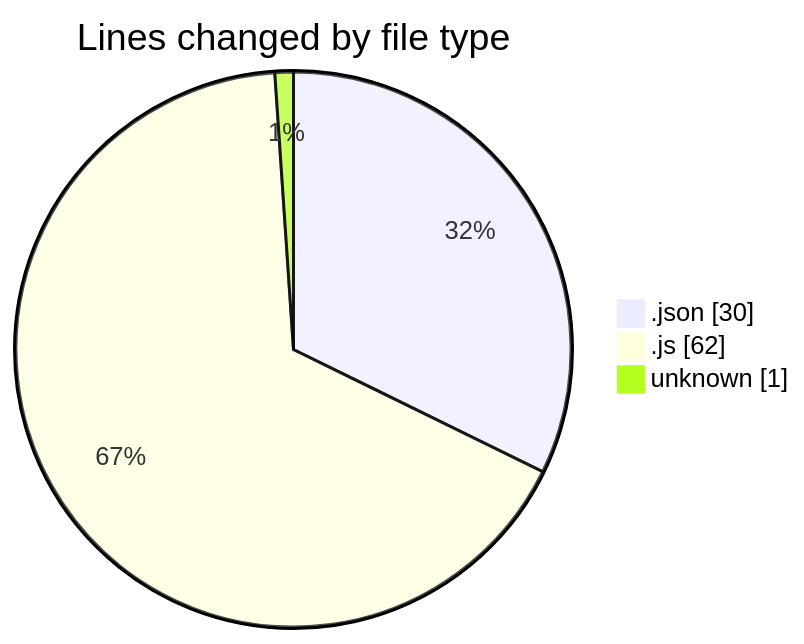
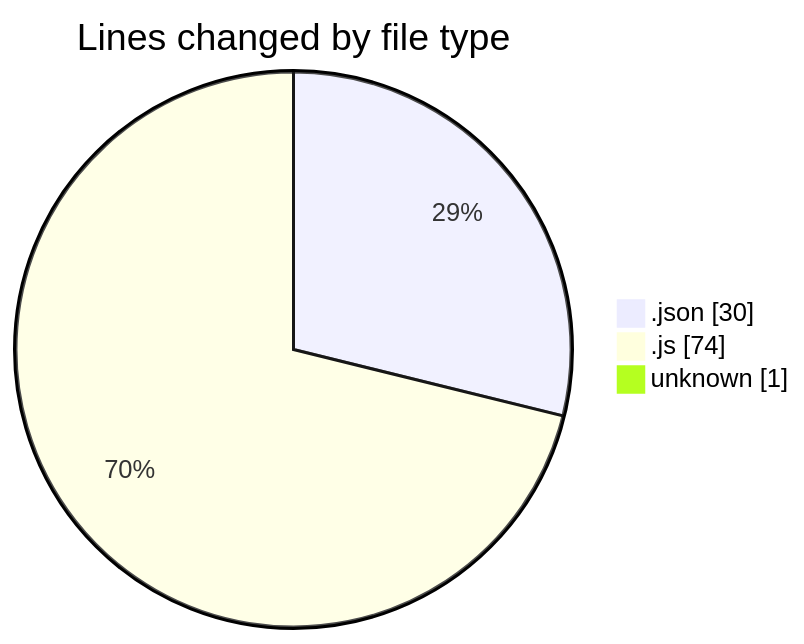
Before and after one commit to Ritupan-Deka/code-tracking: the first of 2 diagrams in 2025-07-16/mern-workoutboard/README.md, drawn with Mermaid. The commit also changed other lines of this file and 1 other file, not shown here.

````diff
--- a/2025-07-16/mern-workoutboard/README.md
+++ b/2025-07-16/mern-workoutboard/README.md
@@ -22,7 +23,7 @@
 ```mermaid
 pie showData
 title Lines changed by file type
 ".json" : 30
-".js" : 62
+".js" : 74
 "unknown" : 1
 ```
````
